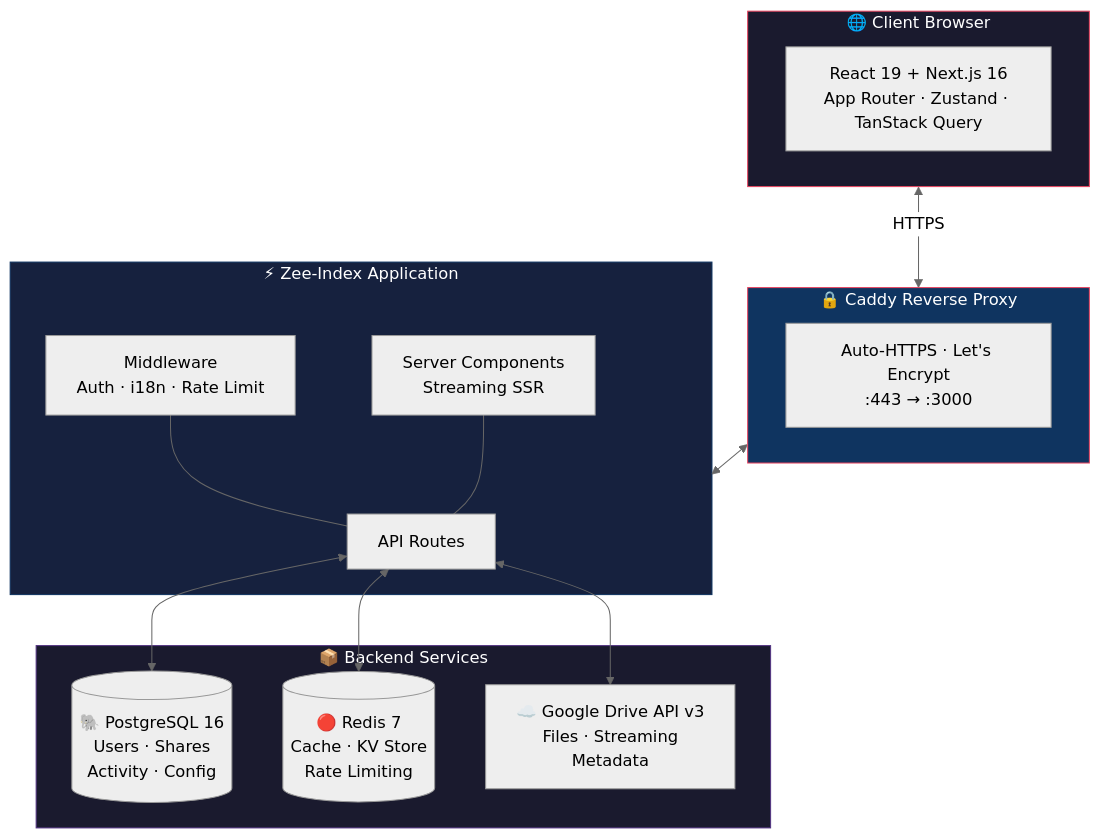
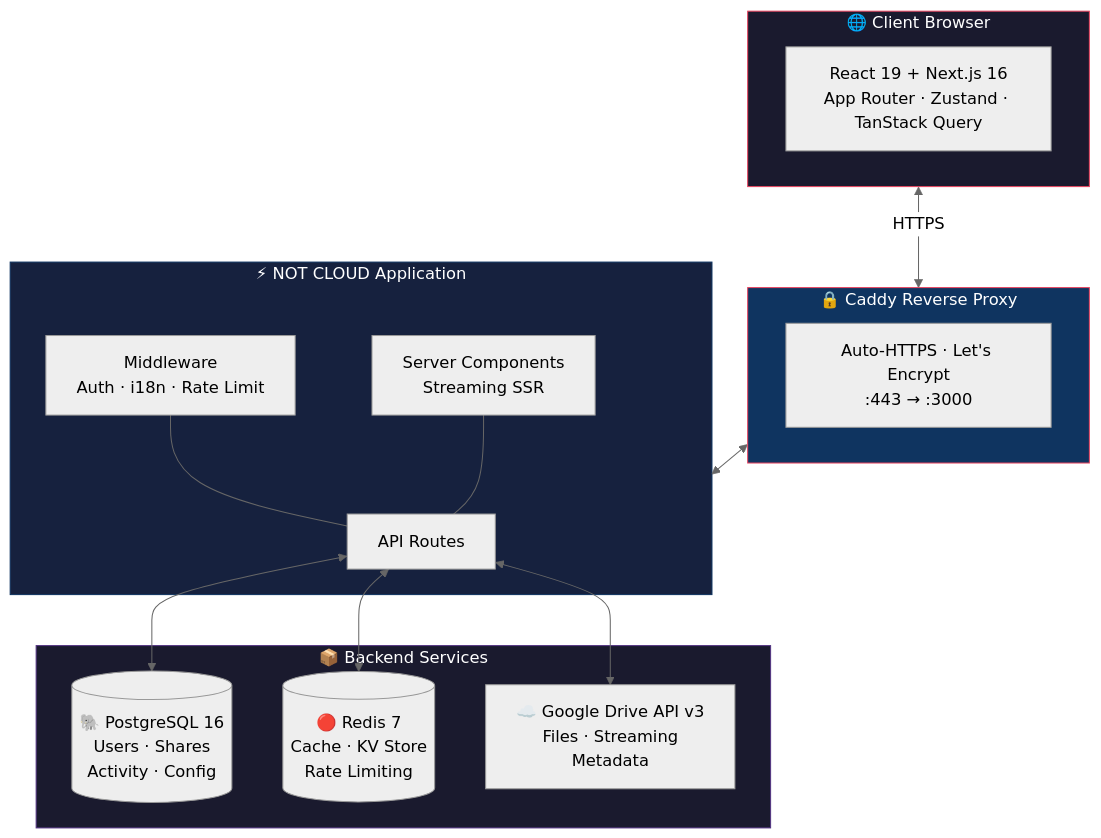
Before and after one commit to cenooooot/notDrive: the diagram in README.md, drawn with Mermaid (neutral theme). The commit also changed other lines of this file and 17 other files, not shown here.

Commit message:
feat: replace all Zee-Index occurrences with NOT CLOUD across UI, APIs, and docs

````diff
--- a/README.md
+++ b/README.md
@@ -181,35 +176,35 @@
 ```mermaid
 flowchart TB
     subgraph CLIENT["🌐 Client Browser"]
         A["React 19 + Next.js 16\nApp Router · Zustand · TanStack Query"]
     end
 
     subgraph CADDY["🔒 Caddy Reverse Proxy"]
         B["Auto-HTTPS · Let's Encrypt\n:443 → :3000"]
     end
 
-    subgraph APP["⚡ Zee-Index Application"]
+    subgraph APP["⚡ NOT CLOUD Application"]
         C["API Routes"]
         D["Middleware\nAuth · i18n · Rate Limit"]
         E["Server Components\nStreaming SSR"]
     end
 
     subgraph SERVICES["📦 Backend Services"]
         F[("🐘 PostgreSQL 16\nUsers · Shares\nActivity · Config")]
         G[("🔴 Redis 7\nCache · KV Store\nRate Limiting")]
         H["☁️ Google Drive API v3\nFiles · Streaming\nMetadata"]
     end
 
     CLIENT <-->|HTTPS| CADDY
     CADDY <--> APP
     C <--> F
     C <--> G
     C <--> H
     D --- C
     E --- C
 
     style CLIENT fill:#1a1a2e,stroke:#e94560,color:#fff
     style CADDY fill:#0f3460,stroke:#e94560,color:#fff
     style APP fill:#16213e,stroke:#0f3460,color:#fff
     style SERVICES fill:#1a1a2e,stroke:#533483,color:#fff
 ```
````
